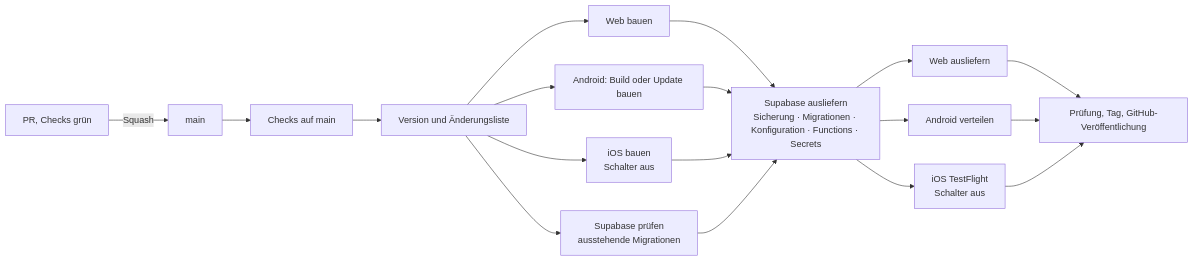
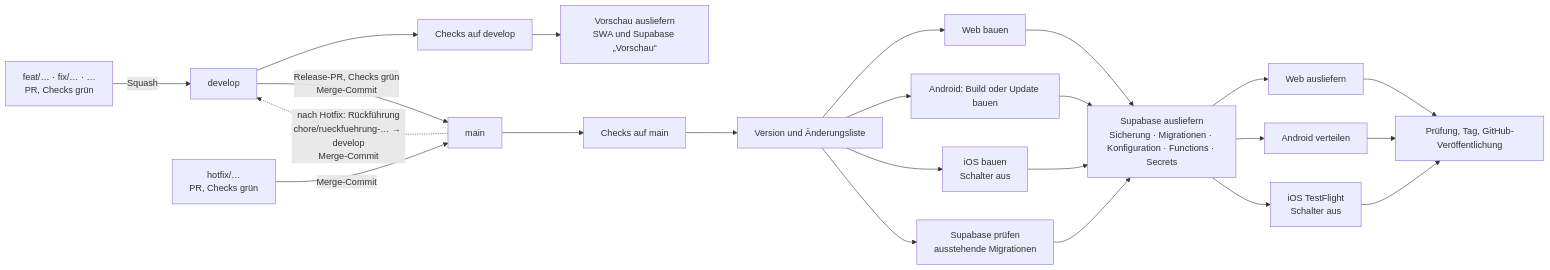
One commit to enricogoerlitz/housekeeping-app changed the diagram in docs/specs/0014-betrieb-ci-cd-release/spec.md. Above: the diagram before and after it, drawn with Mermaid. The commit also changed other lines of this file, not shown here.

First line of the commit message:
docs: spec 0014 with develop as collecting branch

````diff
--- a/docs/specs/0014-betrieb-ci-cd-release/spec.md
+++ b/docs/specs/0014-betrieb-ci-cd-release/spec.md
@@ -90,15 +119,20 @@
 ```mermaid
 flowchart LR
-  PR[PR, Checks grün] -->|Squash| M[main]
+  F[feat/… · fix/… · …<br/>PR, Checks grün] -->|Squash| D[develop]
+  D --> CD[Checks auf develop]
+  CD --> VS[Vorschau ausliefern<br/>SWA und Supabase „Vorschau“]
+  D -->|Release-PR, Checks grün<br/>Merge-Commit| M[main]
+  H[hotfix/…<br/>PR, Checks grün] -->|Merge-Commit| M
+  M -.->|nach Hotfix: Rückführung<br/>chore/rueckfuehrung-… → develop<br/>Merge-Commit| D
   M --> C[Checks auf main]
   C --> V[Version und Änderungsliste]
   V --> BW[Web bauen]
   V --> BA[Android: Build oder Update bauen]
   V --> BI[iOS bauen<br/>Schalter aus]
   V --> SP[Supabase prüfen<br/>ausstehende Migrationen]
   BW & BA & BI & SP --> SD[Supabase ausliefern<br/>Sicherung · Migrationen · Konfiguration · Functions · Secrets]
   SD --> W[Web ausliefern]
   SD --> A[Android verteilen]
   SD --> I[iOS TestFlight<br/>Schalter aus]
   W & A & I --> R[Prüfung, Tag, GitHub-Veröffentlichung]
 ```
````
